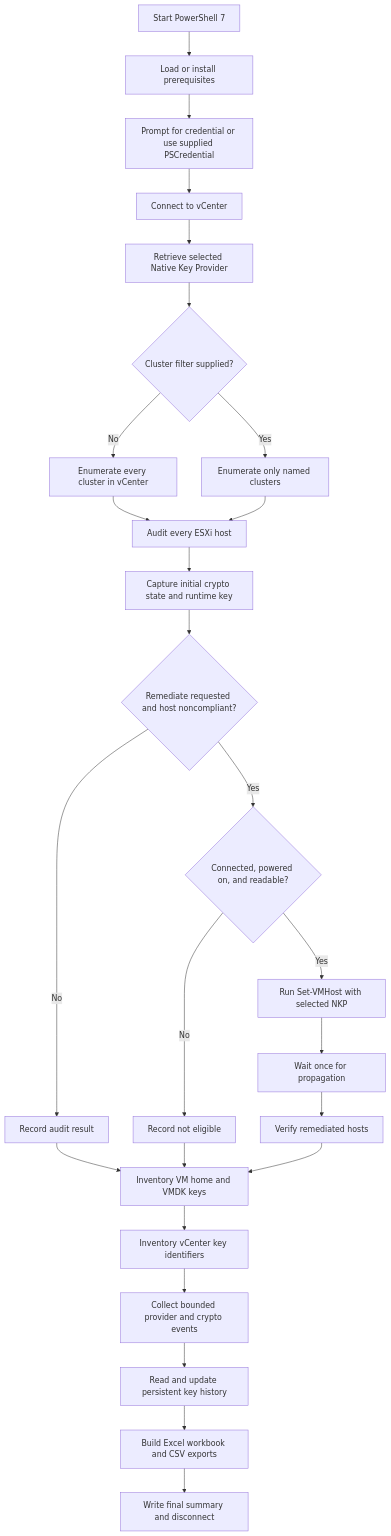
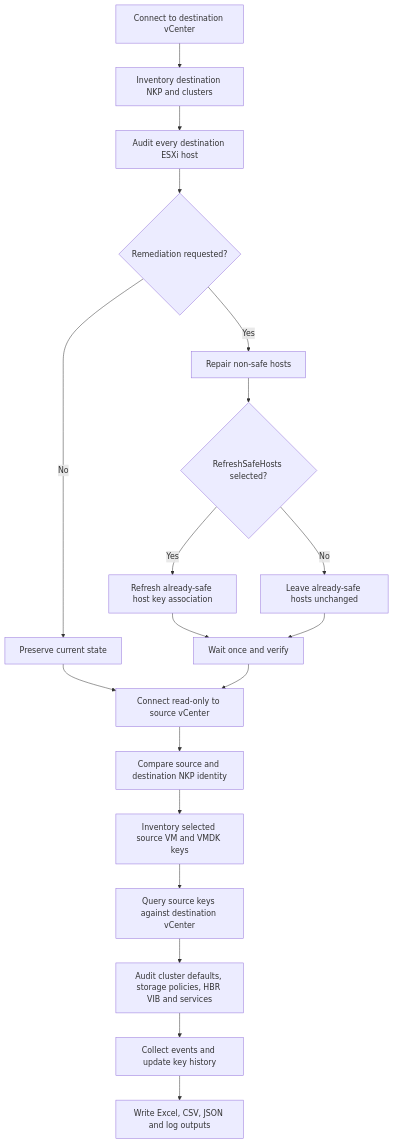
The diagram in README.md (Achieve1molle/VCF-Native-Key-Provider-Audit-and-Repair), drawn with Mermaid before and after one commit. The commit also changed other lines of this file, not shown here.

````diff
--- a/README.md
+++ b/README.md
@@ -58,28 +112,21 @@
 ```mermaid
 flowchart TD
-    A[Start PowerShell 7] --> B[Load or install prerequisites]
-    B --> C[Prompt for credential or use supplied PSCredential]
-    C --> D[Connect to vCenter]
-    D --> E[Retrieve selected Native Key Provider]
-    E --> F{Cluster filter supplied?}
-    F -- No --> G[Enumerate every cluster in vCenter]
-    F -- Yes --> H[Enumerate only named clusters]
-    G --> I[Audit every ESXi host]
-    H --> I
-    I --> J[Capture initial crypto state and runtime key]
-    J --> K{Remediate requested and host noncompliant?}
-    K -- No --> L[Record audit result]
-    K -- Yes --> M{Connected, powered on, and readable?}
-    M -- No --> N[Record not eligible]
-    M -- Yes --> O[Run Set-VMHost with selected NKP]
-    O --> P[Wait once for propagation]
-    P --> Q[Verify remediated hosts]
-    L --> R[Inventory VM home and VMDK keys]
-    N --> R
-    Q --> R
-    R --> S[Inventory vCenter key identifiers]
-    S --> T[Collect bounded provider and crypto events]
-    T --> U[Read and update persistent key history]
-    U --> V[Build Excel workbook and CSV exports]
-    V --> W[Write final summary and disconnect]
+    A[Connect to destination vCenter] --> B[Inventory destination NKP and clusters]
+    B --> C[Audit every destination ESXi host]
+    C --> D{Remediation requested?}
+    D -- No --> E[Preserve current state]
+    D -- Yes --> F[Repair non-safe hosts]
+    F --> G{RefreshSafeHosts selected?}
+    G -- Yes --> H[Refresh already-safe host key association]
+    G -- No --> I[Leave already-safe hosts unchanged]
+    H --> J[Wait once and verify]
+    I --> J
+    E --> K[Connect read-only to source vCenter]
+    J --> K
+    K --> L[Compare source and destination NKP identity]
+    L --> M[Inventory selected source VM and VMDK keys]
+    M --> N[Query source keys against destination vCenter]
+    N --> O[Audit cluster defaults, storage policies, HBR VIB and services]
+    O --> P[Collect events and update key history]
+    P --> Q[Write Excel, CSV, JSON and log outputs]
 ```
````
